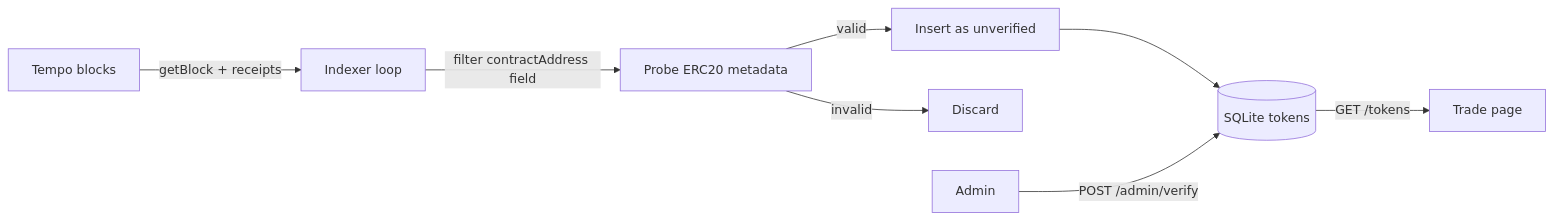
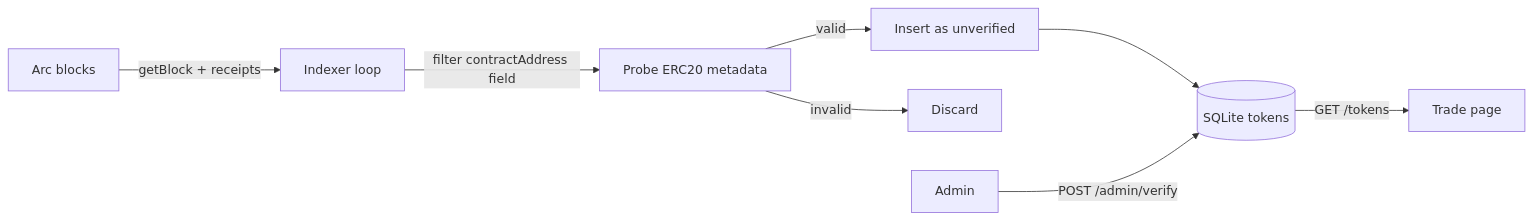
Diagram 14 of 19 in WHITEPAPER.md (dudelynft-dotcom/DF), drawn with Mermaid before and after one commit. The commit also changed other lines of this file and 2 other files, not shown here.

Commit message:
Whitepaper rewrite for Arc + faucet link in header + backend .env.example refresh

````diff
--- a/WHITEPAPER.md
+++ b/WHITEPAPER.md
@@ -729,10 +714,10 @@
 ```mermaid
 flowchart LR
-    Chain[Tempo blocks] -->|getBlock + receipts| Scanner[Indexer loop]
+    Chain[Arc blocks] -->|getBlock + receipts| Scanner[Indexer loop]
     Scanner -->|filter contractAddress field| Probe[Probe ERC20 metadata]
     Probe -->|valid| Insert[Insert as unverified]
     Probe -->|invalid| Drop[Discard]
     Insert --> DB[(SQLite tokens)]
     DB -->|GET /tokens| FE[Trade page]
     Admin -->|POST /admin/verify| DB
 ```
````
